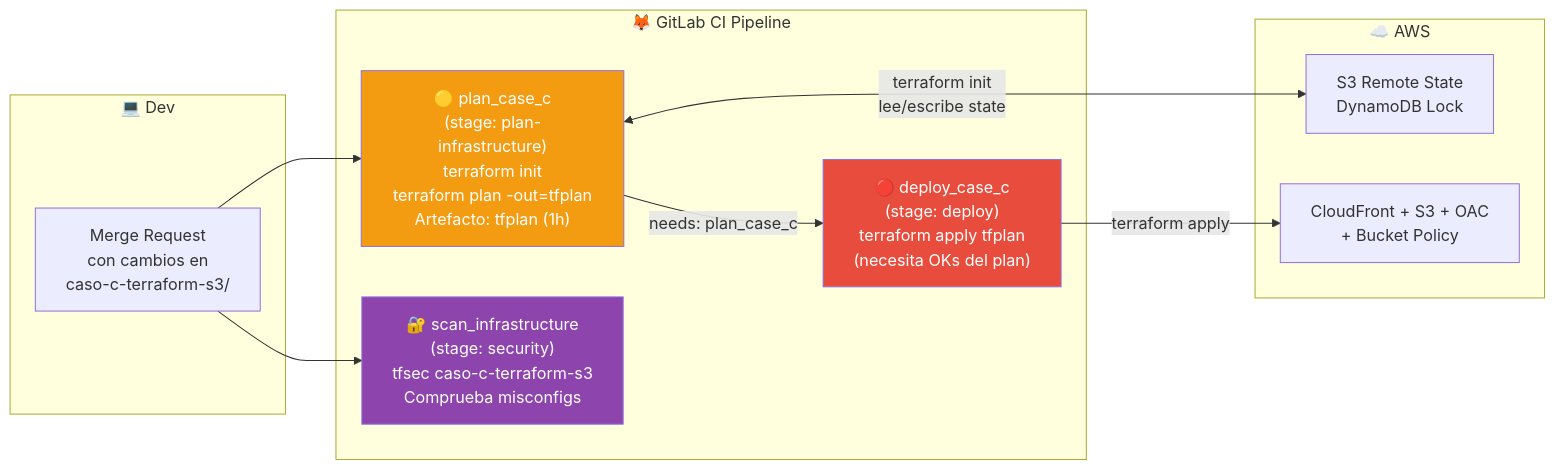
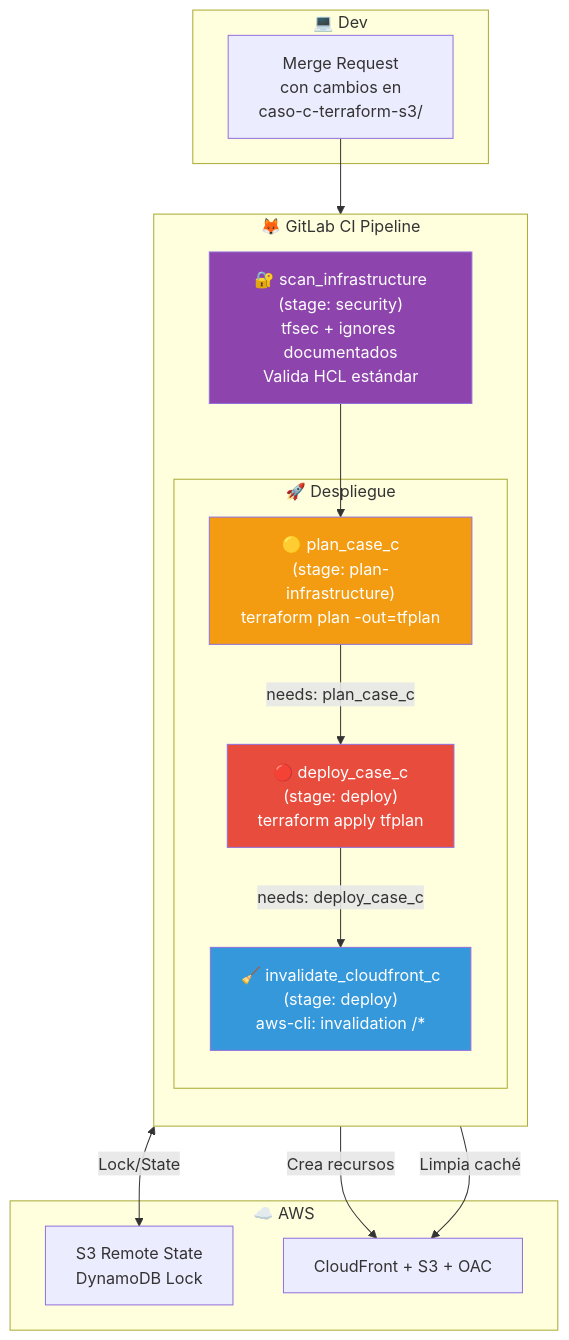
Before and after one commit to vladimiracunadev-create/proyectos-aws: the third of 3 diagrams in caso-c-terraform-s3/docs/architecture.md, drawn with Mermaid. The commit also changed other lines of this file and 7 other files, not shown here.

````diff
--- a/caso-c-terraform-s3/docs/architecture.md
+++ b/caso-c-terraform-s3/docs/architecture.md
@@ -96,27 +96,36 @@
 ```mermaid
-graph LR
+graph TD
     subgraph Dev["💻 Dev"]
         PR["Merge Request\ncon cambios en\ncaso-c-terraform-s3/"]
     end
 
     subgraph CI["🦊 GitLab CI Pipeline"]
-        Plan["🟡 plan_case_c\n(stage: plan-infrastructure)\nterraform init\nterraform plan -out=tfplan\nArtefacto: tfplan (1h)"]
-        Apply["🔴 deploy_case_c\n(stage: deploy)\nterraform apply tfplan\n(necesita OKs del plan)"]
-        Security["🔐 scan_infrastructure\n(stage: security)\ntfsec caso-c-terraform-s3\nComprueba misconfigs"]
+        direction TB
+        Security["🔐 scan_infrastructure\n(stage: security)\ntfsec + ignores documentados\nValida HCL estándar"]
+        
+        subgraph BuildDeploy["🚀 Despliegue"]
+            Plan["🟡 plan_case_c\n(stage: plan-infrastructure)\nterraform plan -out=tfplan"]
+            Apply["🔴 deploy_case_c\n(stage: deploy)\nterraform apply tfplan"]
+            Invalidate["🧹 invalidate_cloudfront_c\n(stage: deploy)\naws-cli: invalidation /*"]
+        end
     end
 
     subgraph AWS["☁️ AWS"]
         RemoteState["S3 Remote State\nDynamoDB Lock"]
-        Resources["CloudFront + S3 + OAC\n+ Bucket Policy"]
+        Resources["CloudFront + S3 + OAC"]
     end
 
     PR --> Security
-    PR --> Plan
+    Security --> Plan
     Plan -->|"needs: plan_case_c"| Apply
-    Plan <-->|"terraform init\nlee/escribe state"| RemoteState
-    Apply -->|"terraform apply"| Resources
+    Apply -->|"needs: deploy_case_c"| Invalidate
+    
+    Plan <-->|"Lock/State"| RemoteState
+    Apply -->|"Crea recursos"| Resources
+    Invalidate -->|"Limpia caché"| Resources
 
     style Plan fill:#F39C12,color:#fff
     style Apply fill:#E74C3C,color:#fff
     style Security fill:#8E44AD,color:#fff
+    style Invalidate fill:#3498DB,color:#fff
 ```
````
